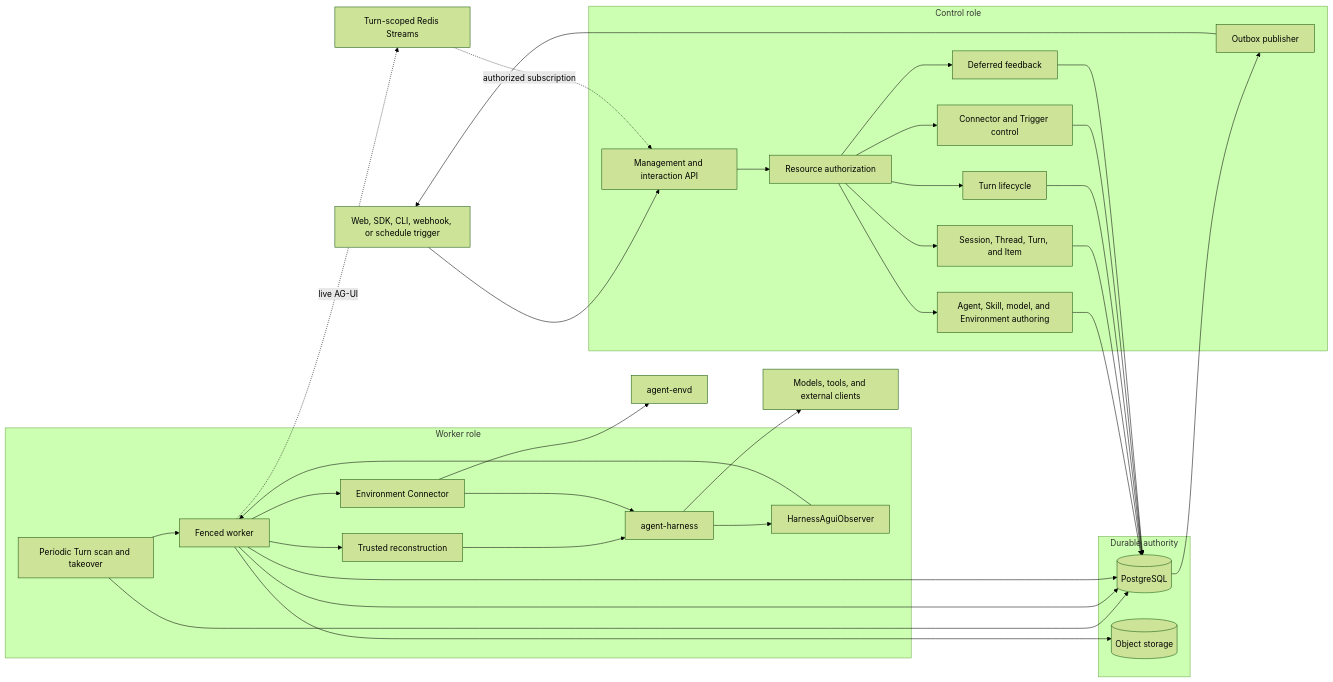
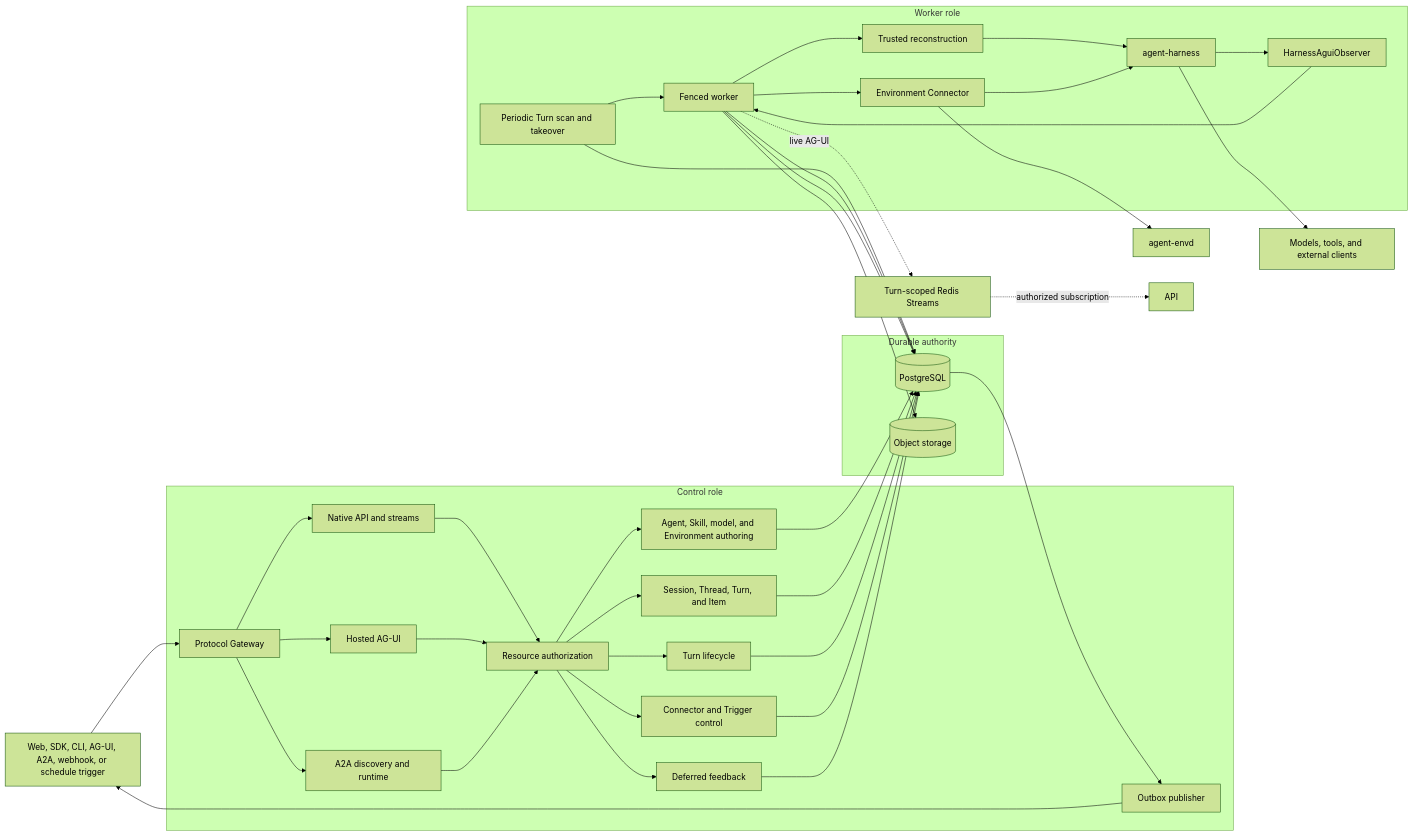
The first of 3 diagrams in spec/foundation-service/00-overview.md (converge-ai-labs/agent-foundation), drawn with Mermaid (forest theme) before and after one commit. The commit also changed other lines of this file and 17 other files, not shown here.

First line of the commit message:
docs(gateway): define service protocol gateway

````diff
--- a/spec/foundation-service/00-overview.md
+++ b/spec/foundation-service/00-overview.md
@@ -13,49 +13,54 @@
 ```mermaid
 flowchart LR
-    Client[Web, SDK, CLI, webhook, or schedule trigger]
+    Client[Web, SDK, CLI, AG-UI, A2A, webhook, or schedule trigger]
 
     subgraph Control[Control role]
-        API[Management and interaction API]
+        Gateway[Protocol Gateway]
+        Native[Native API and streams]
+        Agui[Hosted AG-UI]
+        A2A[A2A discovery and runtime]
         Auth[Resource authorization]
         Authoring[Agent, Skill, model, and Environment authoring]
         ConnectorControl[Connector and Trigger control]
         Interaction[Session, Thread, Turn, and Item]
         Lifecycle[Turn lifecycle]
         Feedback[Deferred feedback]
         Publisher[Outbox publisher]
     end
 
     subgraph Durable[Durable authority]
         Database[(PostgreSQL)]
         Objects[(Object storage)]
     end
 
     LiveBus[Turn-scoped Redis Streams]
 
     subgraph WorkerRole[Worker role]
         WorkerScan[Periodic Turn scan and takeover]
         Worker[Fenced worker]
         Reconstruct[Trusted reconstruction]
         Connector[Environment Connector]
         Observer[HarnessAguiObserver]
         Harness[agent-harness]
     end
 
     Envd[agent-envd]
     External[Models, tools, and external clients]
 
-    Client --> API --> Auth
+    Client --> Gateway
+    Gateway --> Native & Agui & A2A
+    Native & Agui & A2A --> Auth
     Auth --> Authoring & Interaction & Lifecycle & ConnectorControl & Feedback
     Authoring & Interaction & Lifecycle & ConnectorControl & Feedback --> Database
     WorkerScan --> Database
     WorkerScan --> Worker
     Worker --> Database
     Worker --> Reconstruct --> Harness
     Worker --> Connector --> Harness
     Connector --> Envd
     Harness --> External
     Harness --> Observer --> Worker
     Worker -. live AG-UI .-> LiveBus -. authorized subscription .-> API
     Worker --> Database & Objects
     Database --> Publisher --> Client
 ```
````
